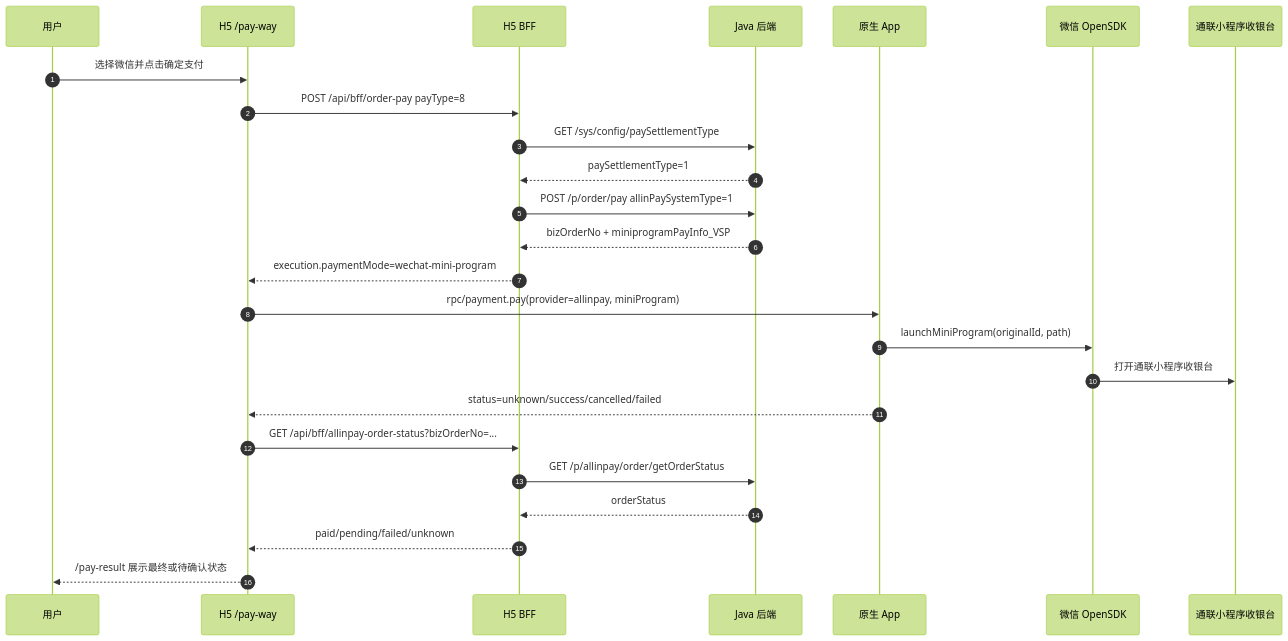
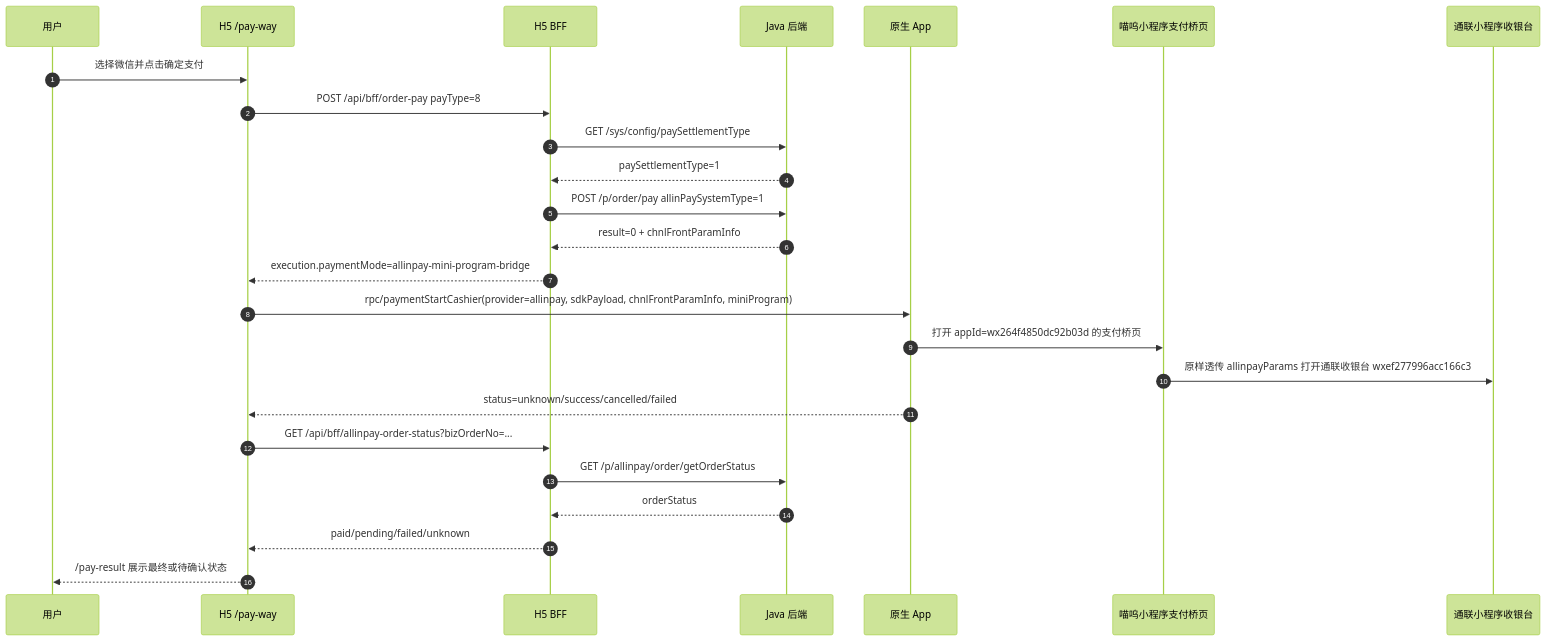
The diagram in .ai-workspace/integration-briefs/BRIEF-2026-0630-002-h5-allinpay-wechat-native-bridge.md (Tycalwayslove/meu-mall-root), drawn with Mermaid (forest theme) before and after one commit. The commit also changed other lines of this file and 5 other files, not shown here.

````diff
--- a/.ai-workspace/integration-briefs/BRIEF-2026-0630-002-h5-allinpay-wechat-native-bridge.md
+++ b/.ai-workspace/integration-briefs/BRIEF-2026-0630-002-h5-allinpay-wechat-native-bridge.md
@@ -21,28 +21,28 @@
 ```mermaid
 sequenceDiagram
   autonumber
   participant U as 用户
   participant H5 as H5 /pay-way
   participant BFF as H5 BFF
   participant Java as Java 后端
   participant App as 原生 App
-  participant WX as 微信 OpenSDK
+  participant MP as 喵呜小程序支付桥页
   participant TL as 通联小程序收银台
 
   U->>H5: 选择微信并点击确定支付
   H5->>BFF: POST /api/bff/order-pay payType=8
   BFF->>Java: GET /sys/config/paySettlementType
   Java-->>BFF: paySettlementType=1
   BFF->>Java: POST /p/order/pay allinPaySystemType=1
-  Java-->>BFF: bizOrderNo + miniprogramPayInfo_VSP
-  BFF-->>H5: execution.paymentMode=wechat-mini-program
-  H5->>App: rpc/payment.pay(provider=allinpay, miniProgram)
-  App->>WX: launchMiniProgram(originalId, path)
-  WX->>TL: 打开通联小程序收银台
+  Java-->>BFF: result=0 + chnlFrontParamInfo
+  BFF-->>H5: execution.paymentMode=allinpay-mini-program-bridge
+  H5->>App: rpc/paymentStartCashier(provider=allinpay, sdkPayload, chnlFrontParamInfo, miniProgram)
+  App->>MP: 打开 appId=wx264f4850dc92b03d 的支付桥页
+  MP->>TL: 原样透传 allinpayParams 打开通联收银台 wxef277996acc166c3
   App-->>H5: status=unknown/success/cancelled/failed
   H5->>BFF: GET /api/bff/allinpay-order-status?bizOrderNo=...
   BFF->>Java: GET /p/allinpay/order/getOrderStatus
   Java-->>BFF: orderStatus
   BFF-->>H5: paid/pending/failed/unknown
   H5-->>U: /pay-result 展示最终或待确认状态
 ```
````
